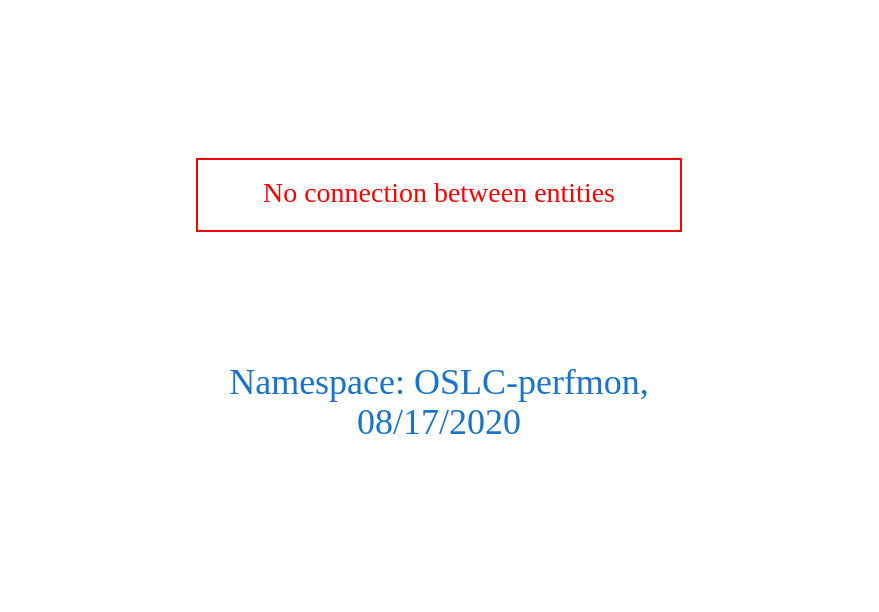
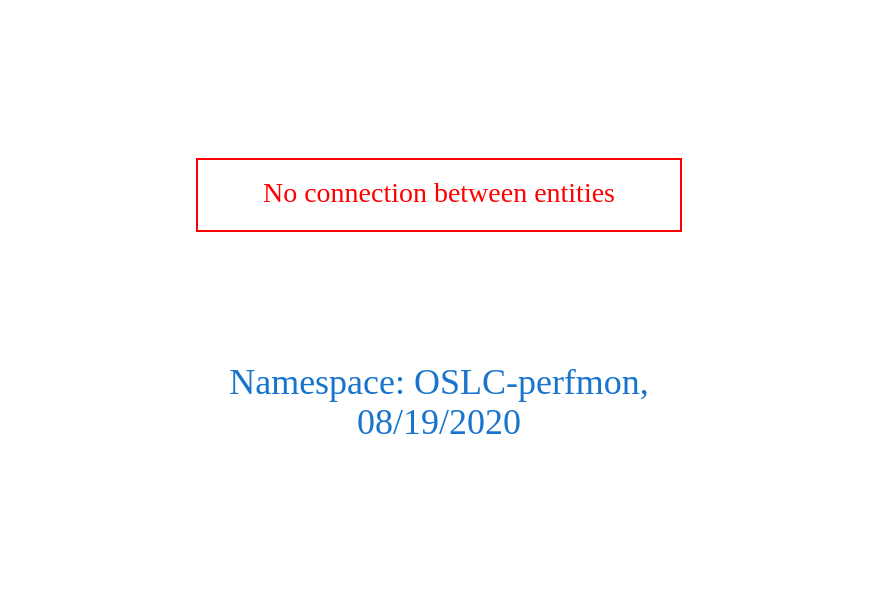
The diagram in downloads/OSLC-perfmon.dot (arago/OGIT), drawn with Graphviz before and after one commit. The commit also changed 1786 other files, not shown here.

```diff
--- a/downloads/OSLC-perfmon.dot
+++ b/downloads/OSLC-perfmon.dot
@@ -1,9 +1,9 @@
 digraph OGIT_ontology {
  graph [ rankdir= LR,pad=1 
 fontsize = 18,
-fontcolor= dodgerblue3,label = "\n\n\nNamespace: OSLC-perfmon, \n 08/17/2020"];
+fontcolor= dodgerblue3,label = "\n\n\nNamespace: OSLC-perfmon, \n 08/19/2020"];
 node[shape=polygon];
 edge [  color="gray81"];
 
 "No connection between entities" [fontcolor = "red",color="red", shape="polygon"]
 }
```
